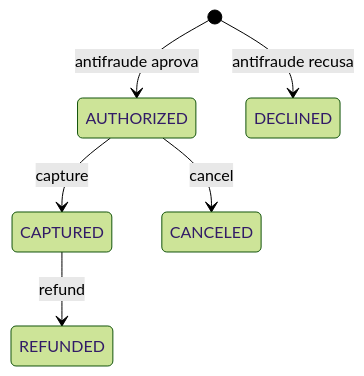
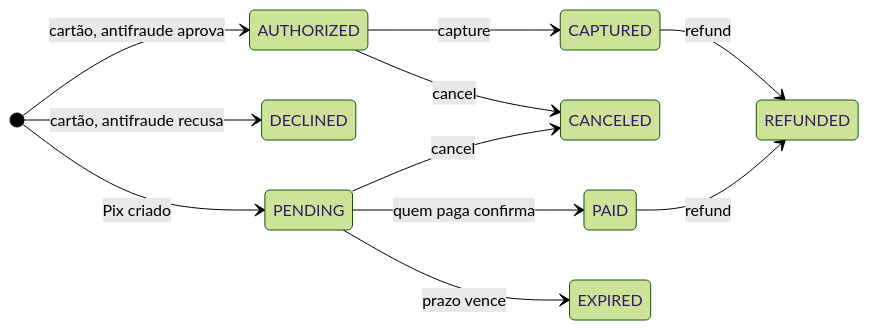
Before and after one commit to lucasjosee/payment-gateway: the second of 3 diagrams in README.md, drawn with Mermaid (forest theme). The commit also changed other lines of this file, not shown here.

````diff
--- a/README.md
+++ b/README.md
@@ -34,8 +38,14 @@
 ```mermaid
 stateDiagram-v2
-    [*] --> AUTHORIZED: antifraude aprova
-    [*] --> DECLINED: antifraude recusa
+    direction LR
+    [*] --> AUTHORIZED: cartão, antifraude aprova
+    [*] --> DECLINED: cartão, antifraude recusa
+    [*] --> PENDING: Pix criado
     AUTHORIZED --> CAPTURED: capture
     AUTHORIZED --> CANCELED: cancel
     CAPTURED --> REFUNDED: refund
+    PENDING --> PAID: quem paga confirma
+    PENDING --> CANCELED: cancel
+    PENDING --> EXPIRED: prazo vence
+    PAID --> REFUNDED: refund
 ```
````
